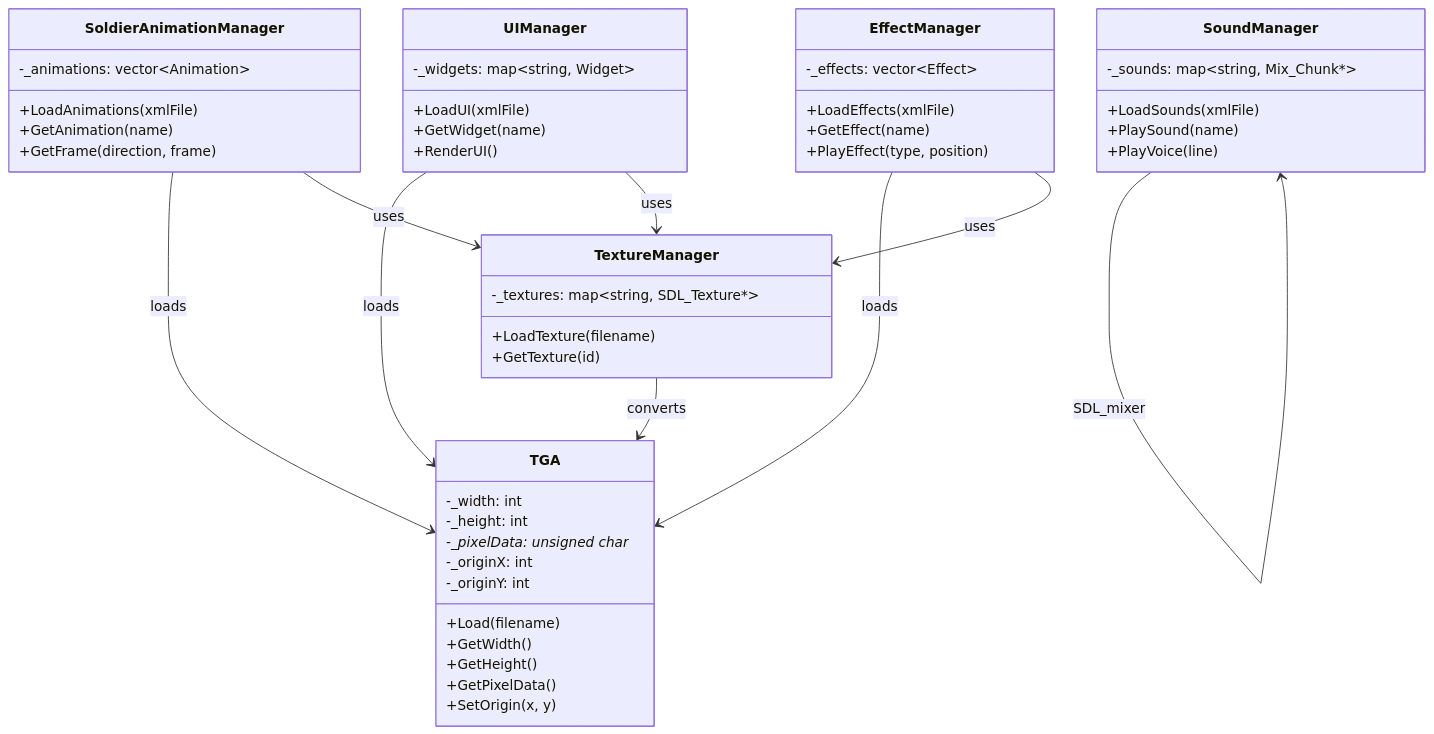
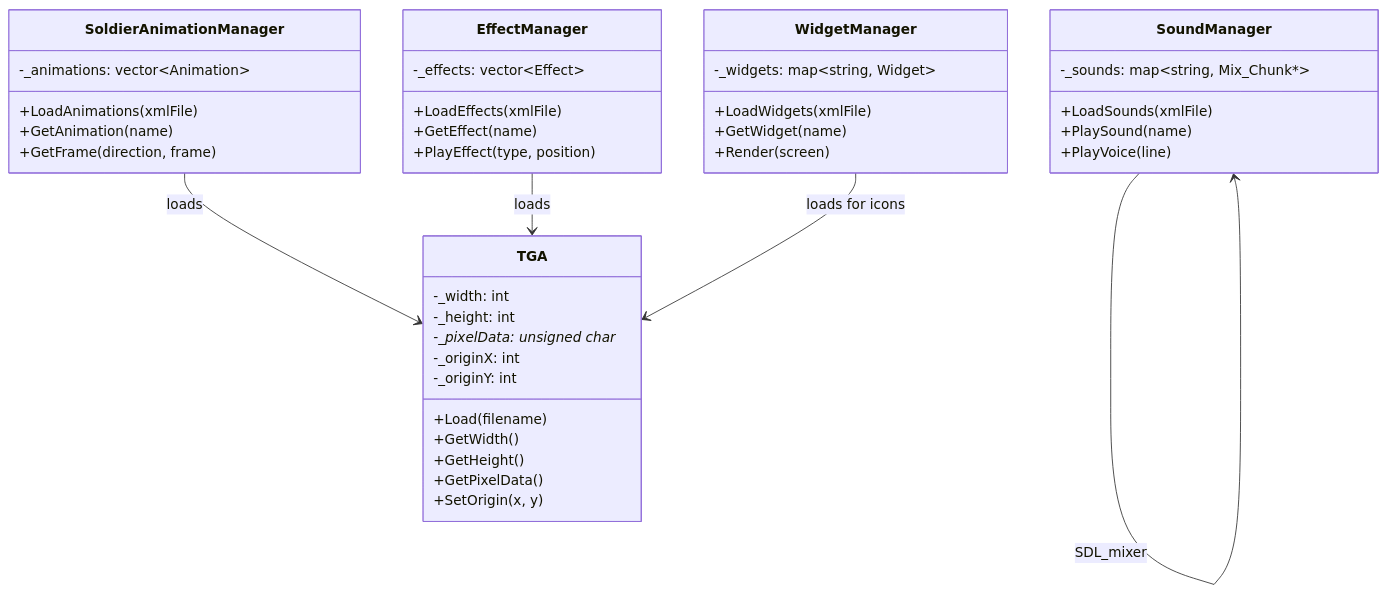
Before and after one commit to jukofyork/OpenCombat-SDL: the fourth of 4 diagrams in docs/chapters/08-assets.md, drawn with Mermaid. The commit also changed other lines of this file and 11 other files, not shown here.

````diff
--- a/docs/chapters/08-assets.md
+++ b/docs/chapters/08-assets.md
@@ -341,58 +342,48 @@
 ```mermaid
 classDiagram
     class TGA {
         +Load(filename)
         +GetWidth()
         +GetHeight()
         +GetPixelData()
         +SetOrigin(x, y)
         -_width: int
         -_height: int
         -_pixelData: unsigned char*
         -_originX: int
         -_originY: int
     }
     
     class SoldierAnimationManager {
         +LoadAnimations(xmlFile)
         +GetAnimation(name)
         +GetFrame(direction, frame)
         -_animations: vector~Animation~
     }
     
     class EffectManager {
         +LoadEffects(xmlFile)
         +GetEffect(name)
         +PlayEffect(type, position)
         -_effects: vector~Effect~
     }
     
-    class UIManager {
-        +LoadUI(xmlFile)
+    class WidgetManager {
+        +LoadWidgets(xmlFile)
         +GetWidget(name)
-        +RenderUI()
+        +Render(screen)
         -_widgets: map~string, Widget~
     }
     
     class SoundManager {
         +LoadSounds(xmlFile)
         +PlaySound(name)
         +PlayVoice(line)
         -_sounds: map~string, Mix_Chunk*~
     }
     
-    class TextureManager {
-        +LoadTexture(filename)
-        +GetTexture(id)
-        -_textures: map~string, SDL_Texture*~
-    }
-    
     SoldierAnimationManager --> TGA : loads
     EffectManager --> TGA : loads
-    UIManager --> TGA : loads
-    TextureManager --> TGA : converts
-    UIManager --> TextureManager : uses
-    SoldierAnimationManager --> TextureManager : uses
-    EffectManager --> TextureManager : uses
+    WidgetManager --> TGA : loads for icons
     SoundManager --> SoundManager : SDL_mixer
 ```
````
